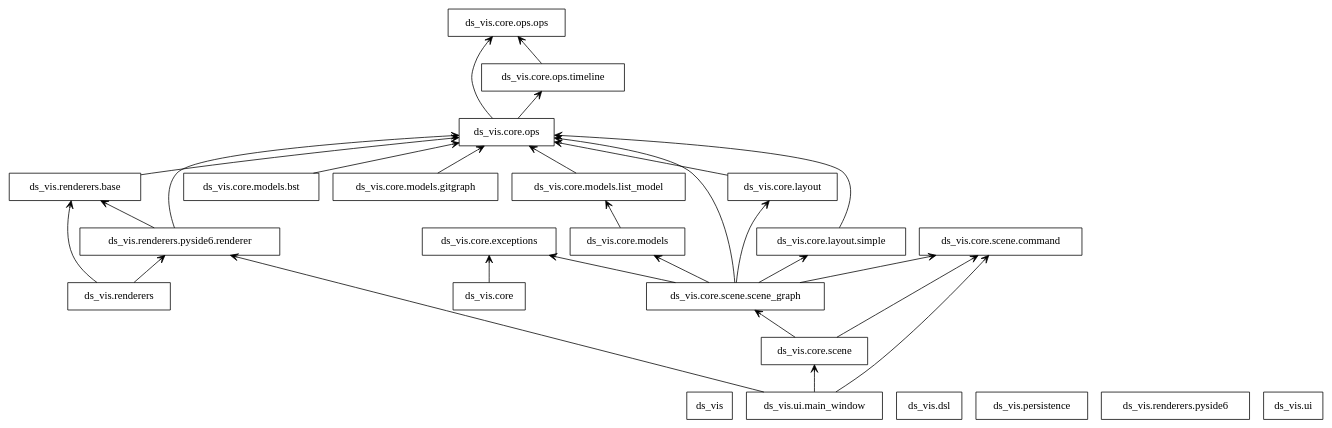
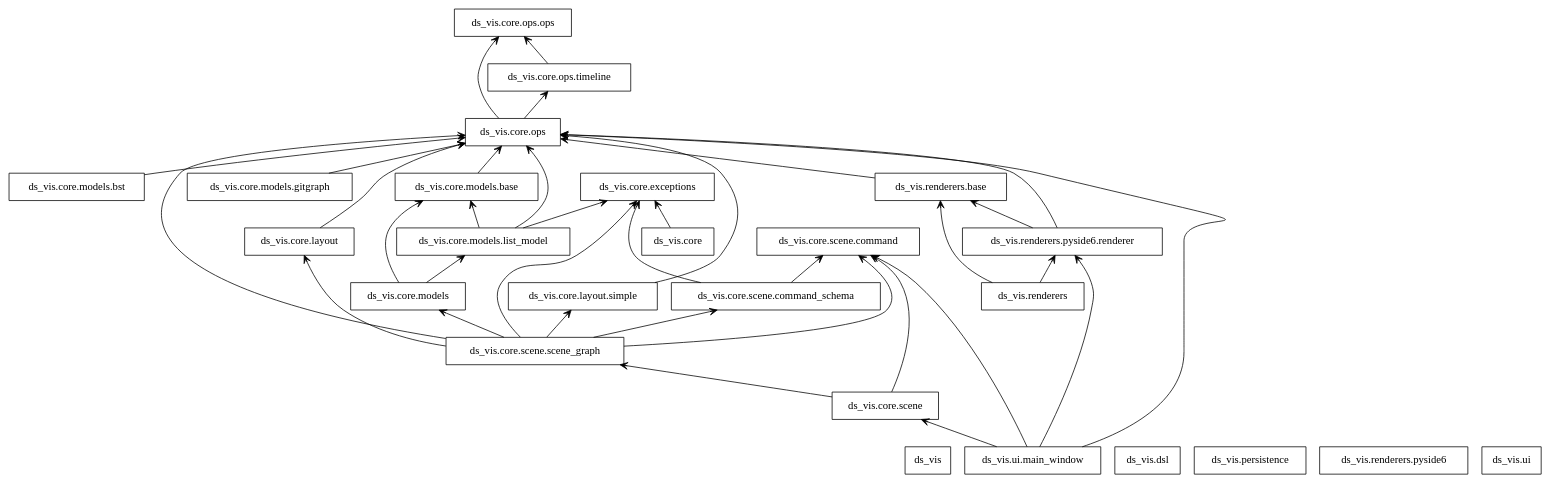
The diagram in docs/diagrams/uml/packages_ds_vis.dot (elecdot/ds-vis), drawn with Graphviz before and after one commit. The commit also changed 5 other files, not shown here.

```diff
--- a/docs/diagrams/uml/packages_ds_vis.dot
+++ b/docs/diagrams/uml/packages_ds_vis.dot
@@ -1,53 +1,63 @@
 digraph "packages_ds_vis" {
 rankdir=BT
 charset="utf-8"
 "ds_vis" [color="black", label=<ds_vis>, shape="box", style="solid"];
 "ds_vis.core" [color="black", label=<ds_vis.core>, shape="box", style="solid"];
 "ds_vis.core.exceptions" [color="black", label=<ds_vis.core.exceptions>, shape="box", style="solid"];
 "ds_vis.core.layout" [color="black", label=<ds_vis.core.layout>, shape="box", style="solid"];
 "ds_vis.core.layout.simple" [color="black", label=<ds_vis.core.layout.simple>, shape="box", style="solid"];
 "ds_vis.core.models" [color="black", label=<ds_vis.core.models>, shape="box", style="solid"];
+"ds_vis.core.models.base" [color="black", label=<ds_vis.core.models.base>, shape="box", style="solid"];
 "ds_vis.core.models.bst" [color="black", label=<ds_vis.core.models.bst>, shape="box", style="solid"];
 "ds_vis.core.models.gitgraph" [color="black", label=<ds_vis.core.models.gitgraph>, shape="box", style="solid"];
 "ds_vis.core.models.list_model" [color="black", label=<ds_vis.core.models.list_model>, shape="box", style="solid"];
 "ds_vis.core.ops" [color="black", label=<ds_vis.core.ops>, shape="box", style="solid"];
 "ds_vis.core.ops.ops" [color="black", label=<ds_vis.core.ops.ops>, shape="box", style="solid"];
 "ds_vis.core.ops.timeline" [color="black", label=<ds_vis.core.ops.timeline>, shape="box", style="solid"];
 "ds_vis.core.scene" [color="black", label=<ds_vis.core.scene>, shape="box", style="solid"];
 "ds_vis.core.scene.command" [color="black", label=<ds_vis.core.scene.command>, shape="box", style="solid"];
+"ds_vis.core.scene.command_schema" [color="black", label=<ds_vis.core.scene.command_schema>, shape="box", style="solid"];
 "ds_vis.core.scene.scene_graph" [color="black", label=<ds_vis.core.scene.scene_graph>, shape="box", style="solid"];
 "ds_vis.dsl" [color="black", label=<ds_vis.dsl>, shape="box", style="solid"];
 "ds_vis.persistence" [color="black", label=<ds_vis.persistence>, shape="box", style="solid"];
 "ds_vis.renderers" [color="black", label=<ds_vis.renderers>, shape="box", style="solid"];
 "ds_vis.renderers.base" [color="black", label=<ds_vis.renderers.base>, shape="box", style="solid"];
 "ds_vis.renderers.pyside6" [color="black", label=<ds_vis.renderers.pyside6>, shape="box", style="solid"];
 "ds_vis.renderers.pyside6.renderer" [color="black", label=<ds_vis.renderers.pyside6.renderer>, shape="box", style="solid"];
 "ds_vis.ui" [color="black", label=<ds_vis.ui>, shape="box", style="solid"];
 "ds_vis.ui.main_window" [color="black", label=<ds_vis.ui.main_window>, shape="box", style="solid"];
 "ds_vis.core" -> "ds_vis.core.exceptions" [arrowhead="open", arrowtail="none"];
 "ds_vis.core.layout" -> "ds_vis.core.ops" [arrowhead="open", arrowtail="none"];
 "ds_vis.core.layout.simple" -> "ds_vis.core.ops" [arrowhead="open", arrowtail="none"];
+"ds_vis.core.models" -> "ds_vis.core.models.base" [arrowhead="open", arrowtail="none"];
 "ds_vis.core.models" -> "ds_vis.core.models.list_model" [arrowhead="open", arrowtail="none"];
+"ds_vis.core.models.base" -> "ds_vis.core.ops" [arrowhead="open", arrowtail="none"];
 "ds_vis.core.models.bst" -> "ds_vis.core.ops" [arrowhead="open", arrowtail="none"];
 "ds_vis.core.models.gitgraph" -> "ds_vis.core.ops" [arrowhead="open", arrowtail="none"];
+"ds_vis.core.models.list_model" -> "ds_vis.core.exceptions" [arrowhead="open", arrowtail="none"];
+"ds_vis.core.models.list_model" -> "ds_vis.core.models.base" [arrowhead="open", arrowtail="none"];
 "ds_vis.core.models.list_model" -> "ds_vis.core.ops" [arrowhead="open", arrowtail="none"];
 "ds_vis.core.ops" -> "ds_vis.core.ops.ops" [arrowhead="open", arrowtail="none"];
 "ds_vis.core.ops" -> "ds_vis.core.ops.timeline" [arrowhead="open", arrowtail="none"];
 "ds_vis.core.ops.timeline" -> "ds_vis.core.ops.ops" [arrowhead="open", arrowtail="none"];
 "ds_vis.core.scene" -> "ds_vis.core.scene.command" [arrowhead="open", arrowtail="none"];
 "ds_vis.core.scene" -> "ds_vis.core.scene.scene_graph" [arrowhead="open", arrowtail="none"];
+"ds_vis.core.scene.command_schema" -> "ds_vis.core.exceptions" [arrowhead="open", arrowtail="none"];
+"ds_vis.core.scene.command_schema" -> "ds_vis.core.scene.command" [arrowhead="open", arrowtail="none"];
 "ds_vis.core.scene.scene_graph" -> "ds_vis.core.exceptions" [arrowhead="open", arrowtail="none"];
 "ds_vis.core.scene.scene_graph" -> "ds_vis.core.layout" [arrowhead="open", arrowtail="none"];
 "ds_vis.core.scene.scene_graph" -> "ds_vis.core.layout.simple" [arrowhead="open", arrowtail="none"];
 "ds_vis.core.scene.scene_graph" -> "ds_vis.core.models" [arrowhead="open", arrowtail="none"];
 "ds_vis.core.scene.scene_graph" -> "ds_vis.core.ops" [arrowhead="open", arrowtail="none"];
 "ds_vis.core.scene.scene_graph" -> "ds_vis.core.scene.command" [arrowhead="open", arrowtail="none"];
+"ds_vis.core.scene.scene_graph" -> "ds_vis.core.scene.command_schema" [arrowhead="open", arrowtail="none"];
 "ds_vis.renderers" -> "ds_vis.renderers.base" [arrowhead="open", arrowtail="none"];
 "ds_vis.renderers" -> "ds_vis.renderers.pyside6.renderer" [arrowhead="open", arrowtail="none"];
 "ds_vis.renderers.base" -> "ds_vis.core.ops" [arrowhead="open", arrowtail="none"];
 "ds_vis.renderers.pyside6.renderer" -> "ds_vis.core.ops" [arrowhead="open", arrowtail="none"];
 "ds_vis.renderers.pyside6.renderer" -> "ds_vis.renderers.base" [arrowhead="open", arrowtail="none"];
+"ds_vis.ui.main_window" -> "ds_vis.core.ops" [arrowhead="open", arrowtail="none"];
 "ds_vis.ui.main_window" -> "ds_vis.core.scene" [arrowhead="open", arrowtail="none"];
 "ds_vis.ui.main_window" -> "ds_vis.core.scene.command" [arrowhead="open", arrowtail="none"];
 "ds_vis.ui.main_window" -> "ds_vis.renderers.pyside6.renderer" [arrowhead="open", arrowtail="none"];
 }
```
